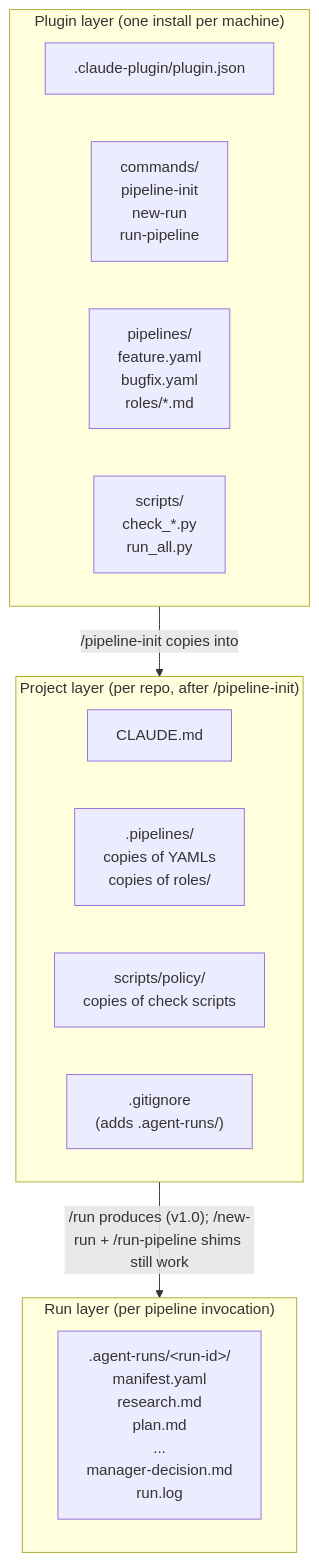
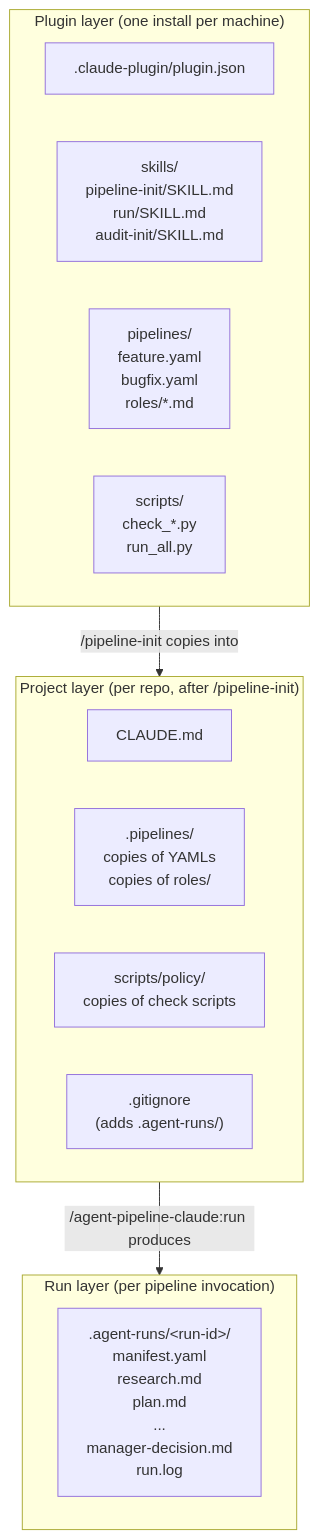
Before and after one commit to scottconverse/agent-pipeline-claude: the first of 10 diagrams in ARCHITECTURE.md, drawn with Mermaid. The commit also changed other lines of this file and 16 other files, not shown here.

````diff
--- a/ARCHITECTURE.md
+++ b/ARCHITECTURE.md
@@ -40,26 +35,26 @@
 ```mermaid
 flowchart TB
     subgraph PluginLayer["Plugin layer (one install per machine)"]
         direction LR
         A1[".claude-plugin/plugin.json"]
-        A2["commands/<br/>pipeline-init<br/>new-run<br/>run-pipeline"]
+        A2["skills/<br/>pipeline-init/SKILL.md<br/>run/SKILL.md<br/>audit-init/SKILL.md"]
         A3["pipelines/<br/>feature.yaml<br/>bugfix.yaml<br/>roles/*.md"]
         A4["scripts/<br/>check_*.py<br/>run_all.py"]
     end
 
     subgraph ProjectLayer["Project layer (per repo, after /pipeline-init)"]
         direction LR
         B1["CLAUDE.md"]
         B2[".pipelines/<br/>copies of YAMLs<br/>copies of roles/"]
         B3["scripts/policy/<br/>copies of check scripts"]
         B4[".gitignore<br/>(adds .agent-runs/)"]
     end
 
     subgraph RunLayer["Run layer (per pipeline invocation)"]
         direction LR
         C1[".agent-runs/&lt;run-id&gt;/<br/>manifest.yaml<br/>research.md<br/>plan.md<br/>...<br/>manager-decision.md<br/>run.log"]
     end
 
     PluginLayer -- "/pipeline-init copies into" --> ProjectLayer
-    ProjectLayer -- "/run produces (v1.0); /new-run + /run-pipeline shims still work" --> RunLayer
+    ProjectLayer -- "/agent-pipeline-claude:run produces" --> RunLayer
 ```
````
